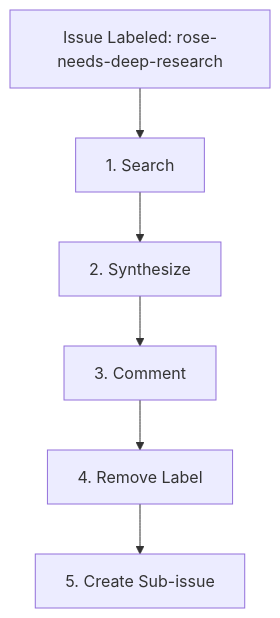
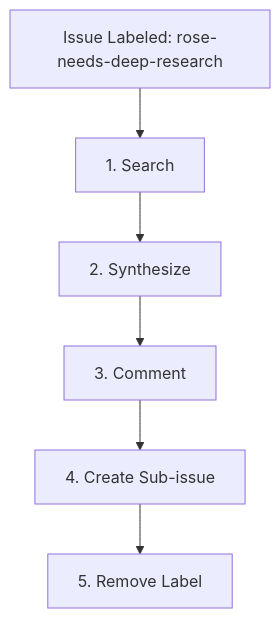
The diagram in .agent/workflows/seraphine-needs-deep-research.md (brotherlogic/rose), drawn with Mermaid before and after one commit. The commit also changed other lines of this file and 5 other files, not shown here.

````diff
--- a/.agent/workflows/seraphine-needs-deep-research.md
+++ b/.agent/workflows/seraphine-needs-deep-research.md
@@ -7,8 +7,8 @@
 ```mermaid
 graph TD
     A[Issue Labeled: rose-needs-deep-research] --> B[1. Search]
     B --> C[2. Synthesize]
     C --> D[3. Comment]
-    D --> E[4. Remove Label]
-    E --> F[5. Create Sub-issue]
+    D --> E[4. Create Sub-issue]
+    E --> F[5. Remove Label]
 ```
````
